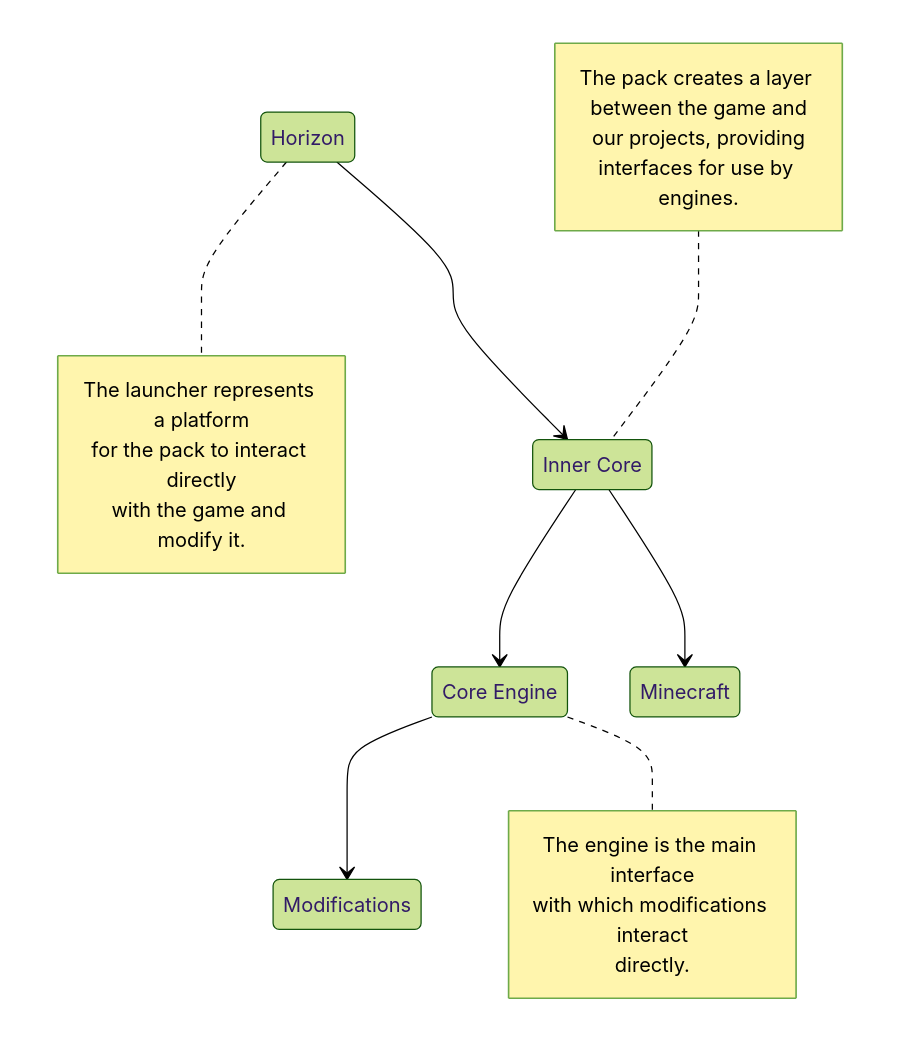
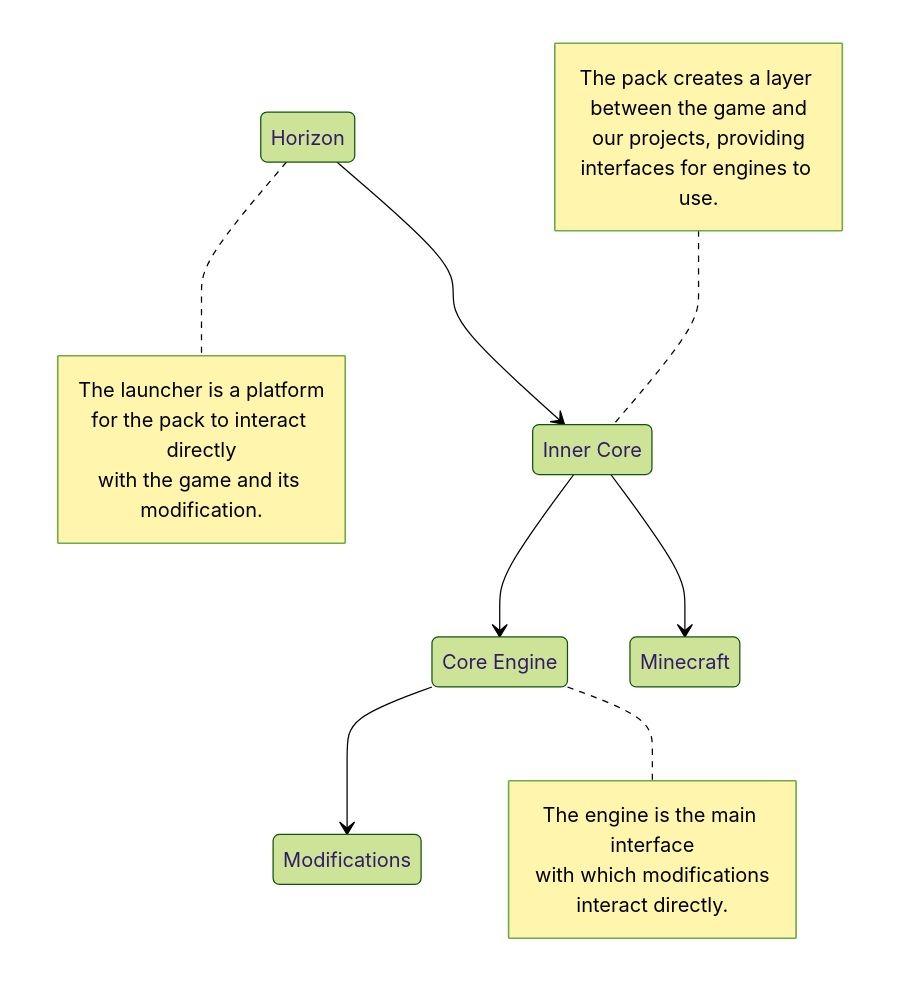
One commit to Nernar/nernar.github.io changed the diagram in docs/getting-started/methodology.md. Above: the diagram before and after it, drawn with Mermaid (forest theme). The commit also changed other lines of this file and 39 other files, not shown here.

````diff
--- a/docs/getting-started/methodology.md
+++ b/docs/getting-started/methodology.md
@@ -39,27 +39,27 @@
 ```mermaid
 stateDiagram-v2
     launcher: Horizon
     pack: Inner Core
     engine: Core Engine
     game: Minecraft
     mods: Modifications
     launcher --> pack
     pack --> game
     pack --> engine
     engine --> mods 
     note right of launcher
-        The launcher represents a platform
+        The launcher is a platform
         for the pack to interact directly
-        with the game and modify it.
+        with the game and its modification.
     end note
     note left of pack
         The pack creates a layer between the game and
         our projects, providing
-        interfaces for use by engines.
+        interfaces for engines to use.
     end note
     note right of engine
         The engine is the main interface
-        with which modifications interact
-        directly.
+        with which modifications
+        interact directly.
     end note
 ```
````
